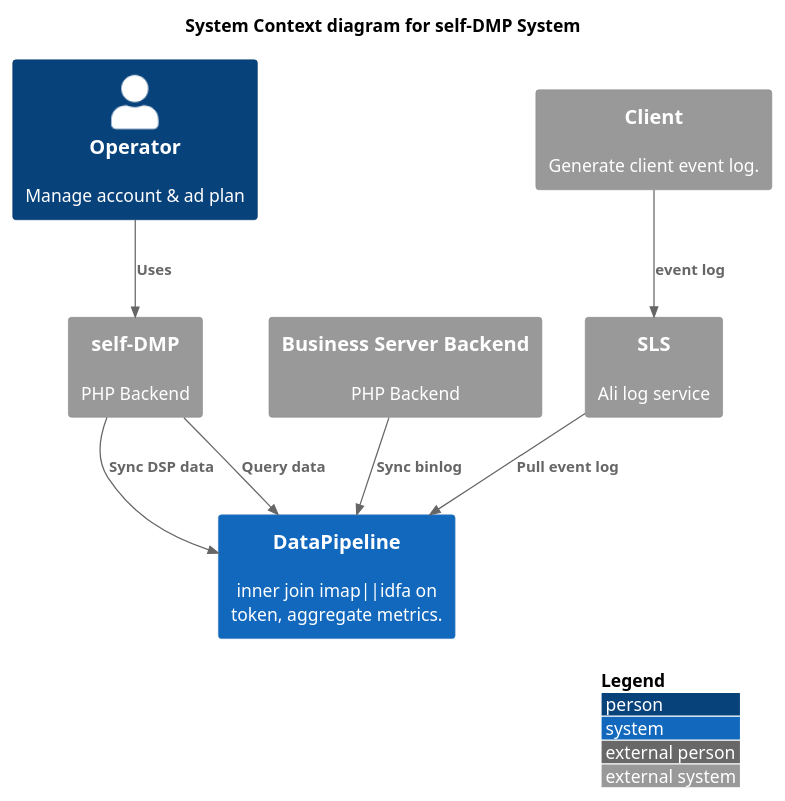
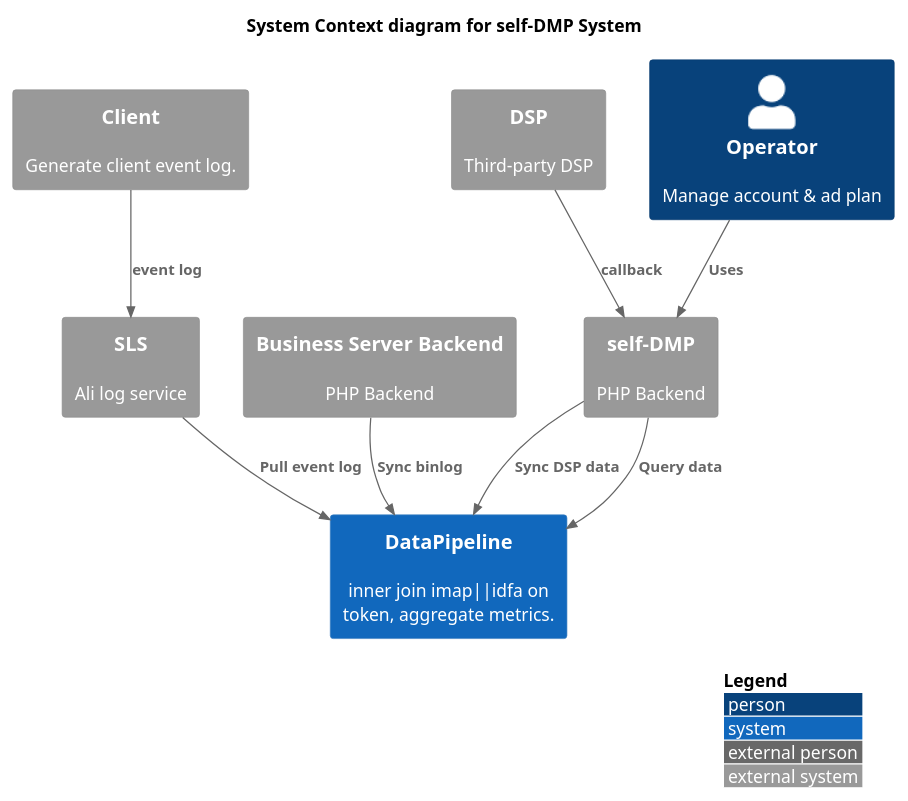
Before and after one commit to jinyuanlu/C4-PlantUML: the diagram in custom/self_ad_dmp_dp_context.org, drawn with PlantUML. The commit also changed other lines of this file and 1 other file, not shown here.

Commit message:
feat: add new ext system

```diff
--- a/custom/self_ad_dmp_dp_context.org
+++ b/custom/self_ad_dmp_dp_context.org
@@ -3,23 +3,25 @@
 #+BEGIN_SRC plantuml :file ../img/ad_dmp_dp_context.png
 !include ../style/c4_context.puml
 
 LAYOUT_WITH_LEGEND()
 'LAYOUT_AS_SKETCH()
 
 title System Context diagram for self-DMP System
 
 Person(Operator, "Operator", "Manage account & ad plan")
 System(DataPipeline, "DataPipeline", "inner join imap||idfa on token, aggregate metrics.")
 System_Ext(DMP, "self-DMP", "PHP Backend")
+System_Ext(DSP, "DSP", "Third-party DSP")
 System_Ext(Business, "Business Server Backend", "PHP Backend")
 System_Ext(Client, "Client", "Generate client event log.")
 System_Ext(SLS, "SLS", "Ali log service")
 
 Rel(Operator, DMP, "Uses")
 Rel(Client, SLS, "event log")
+Rel(DSP, DMP, "callback")
 Rel(SLS, DataPipeline, "Pull event log")
 Rel(Business, DataPipeline, "Sync binlog")
 Rel(DMP, DataPipeline, "Sync DSP data")
 Rel(DMP, DataPipeline, "Query data")
 
 #+end_src
```
